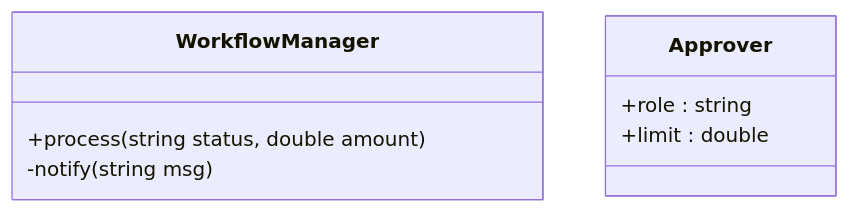
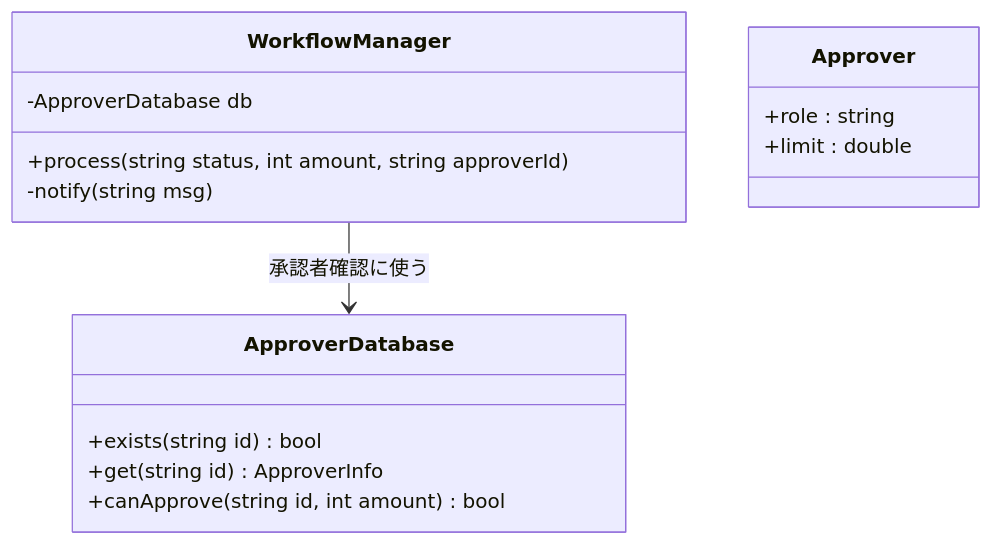
The second of 9 diagrams in kindle/design-patterns/output/chapter12.md (kumachan1101-pixel/DesignPattern), drawn with Mermaid before and after one commit. The commit also changed other lines of this file and 7 other files, not shown here.

Commit message:
fix: クラス図の関係性を明確化

````diff
--- a/kindle/design-patterns/output/chapter12.md
+++ b/kindle/design-patterns/output/chapter12.md
@@ -141,11 +141,18 @@
 ```mermaid
 classDiagram
     class WorkflowManager {
-        +process(string status, double amount)
+        -ApproverDatabase db
+        +process(string status, int amount, string approverId)
         -notify(string msg)
+    }
+    class ApproverDatabase {
+        +exists(string id) bool
+        +get(string id) ApproverInfo
+        +canApprove(string id, int amount) bool
     }
     class Approver {
         +role : string
         +limit : double
     }
+    WorkflowManager --> ApproverDatabase : 承認者確認に使う
 ```
````
